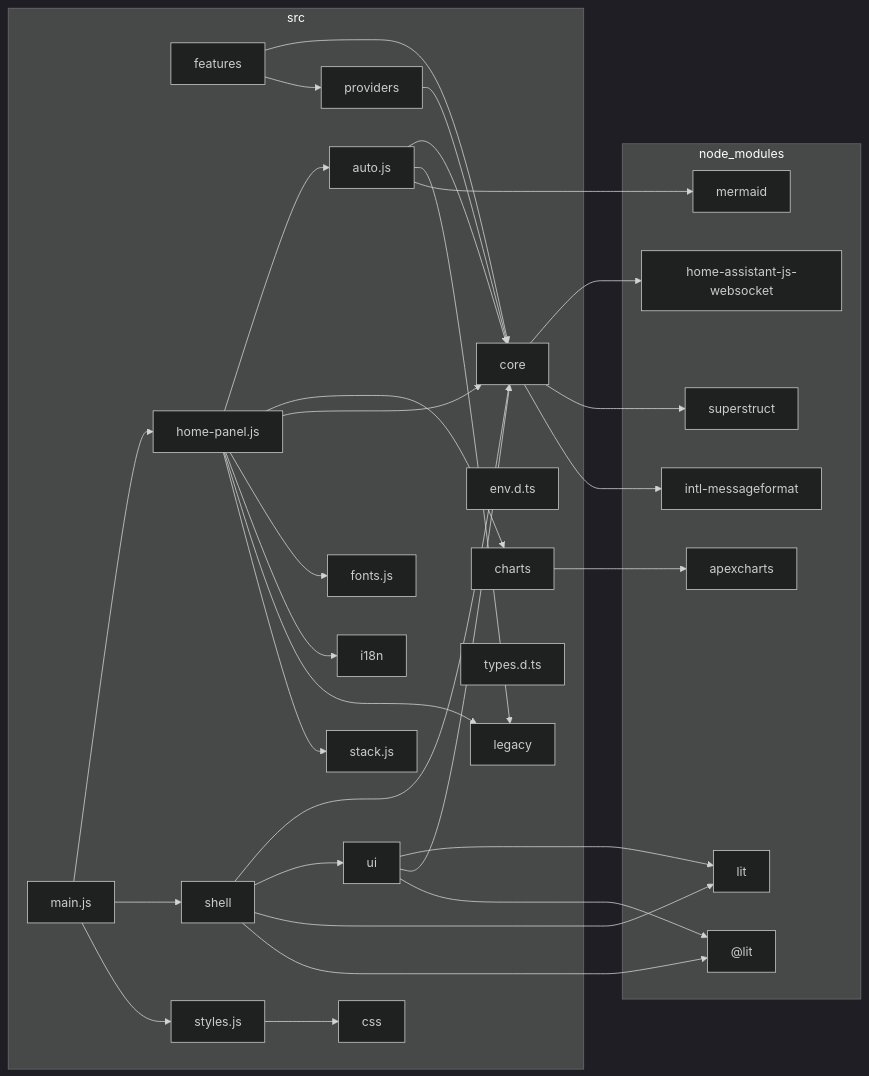
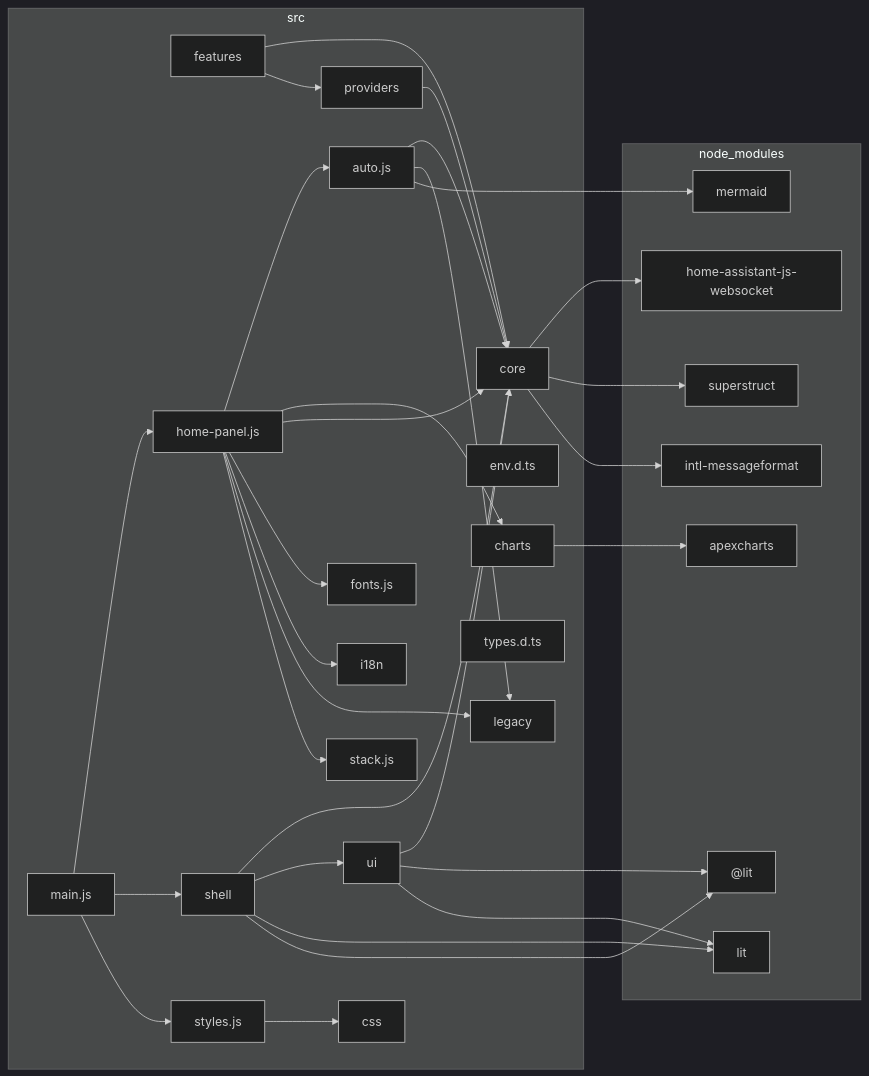
The diagram in docs/architecture/dependency-graph.md (pldelisle/ha-home-panel), drawn with Mermaid (dark theme) before and after one commit. The commit also changed other lines of this file and 8 other files, not shown here.

````diff
--- a/docs/architecture/dependency-graph.md
+++ b/docs/architecture/dependency-graph.md
@@ -5,60 +5,60 @@
 ```mermaid
 flowchart LR
 
 subgraph 0["node_modules"]
 1["@lit"]
 2["apexcharts"]
 3["home-assistant-js-websocket"]
 4["intl-messageformat"]
 5["lit"]
 6["mermaid"]
 7["superstruct"]
 end
 subgraph 8["src"]
 9["auto.js"]
 A["charts"]
 B["core"]
 C["css"]
 D["env.d.ts"]
 E["features"]
 F["fonts.js"]
 G["home-panel.js"]
 H["i18n"]
 I["legacy"]
 J["main.js"]
 K["providers"]
 L["shell"]
 M["stack.js"]
 N["styles.js"]
 O["types.d.ts"]
 P["ui"]
 end
 9-->B
 9-->I
 9-->6
 A-->2
 B-->3
 B-->7
 B-->4
 E-->B
 E-->K
 G-->9
 G-->A
 G-->B
 G-->F
 G-->H
 G-->I
 G-->M
 J-->G
 J-->L
 J-->N
 K-->B
 L-->B
 L-->P
 L-->5
 L-->1
 N-->C
-P-->5
 P-->B
 P-->1
+P-->5
 ```
````
